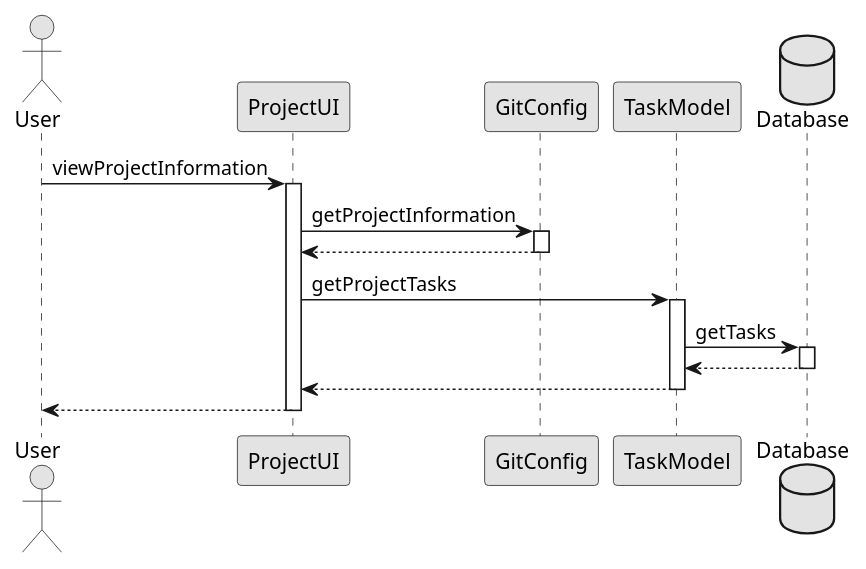
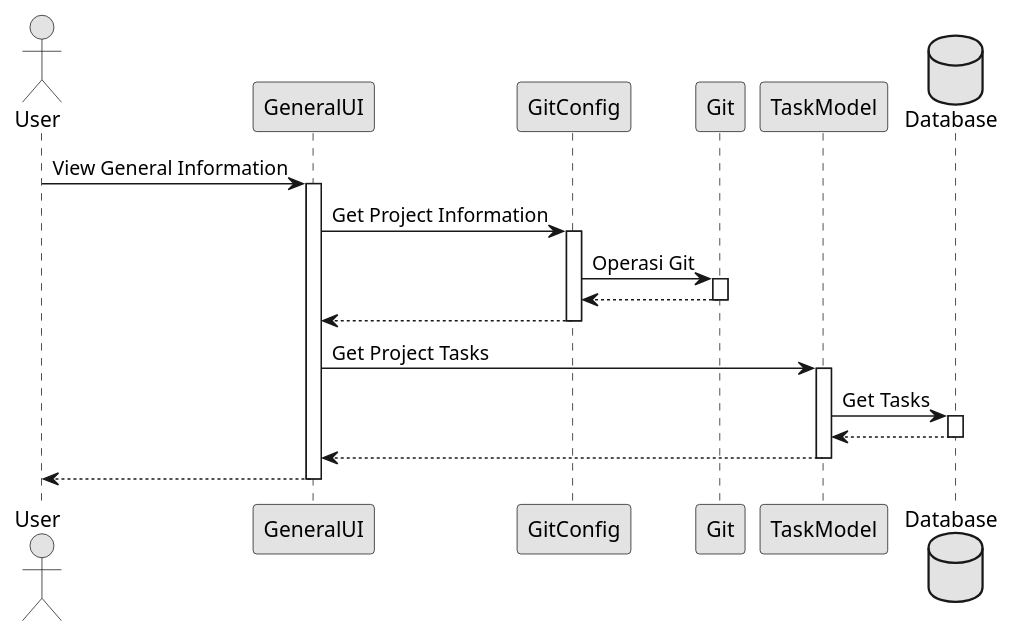
Before and after one commit to imdar1/GitMonitor: the diagram in docs/res/seq5.pu, drawn with PlantUML. The commit also changed 12 other files, not shown here.

```diff
--- a/docs/res/seq5.pu
+++ b/docs/res/seq5.pu
@@ -1,33 +1,40 @@
 @startuml sequence_diagram5
 skinparam monochrome true
 actor User as user
-participant "ProjectUI" as i1
+participant "GeneralUI" as i1
 participant "GitConfig" as a1
+participant "Git" as g1
 participant "TaskModel" as a2
 database "Database" as db
 skinparam backgroundcolor transparent
 
-user -> i1: viewProjectInformation
+user -> i1: View General Information
 activate i1
 
-i1 -> a1: getProjectInformation
+i1 -> a1: Get Project Information
 activate a1
+
+a1 -> g1: Operasi Git
+activate g1
+
+g1 --> a1
+deactivate g1
 
 a1 --> i1
 deactivate a1
 
-i1 -> a2: getProjectTasks
+i1 -> a2: Get Project Tasks
 activate a2
 
-a2 -> db: getTasks
+a2 -> db: Get Tasks
 activate db
 
 db --> a2
 deactivate db
 a2 --> i1
 deactivate a2
 
 i1 --> user
 deactivate i1
 
 @enduml
```
